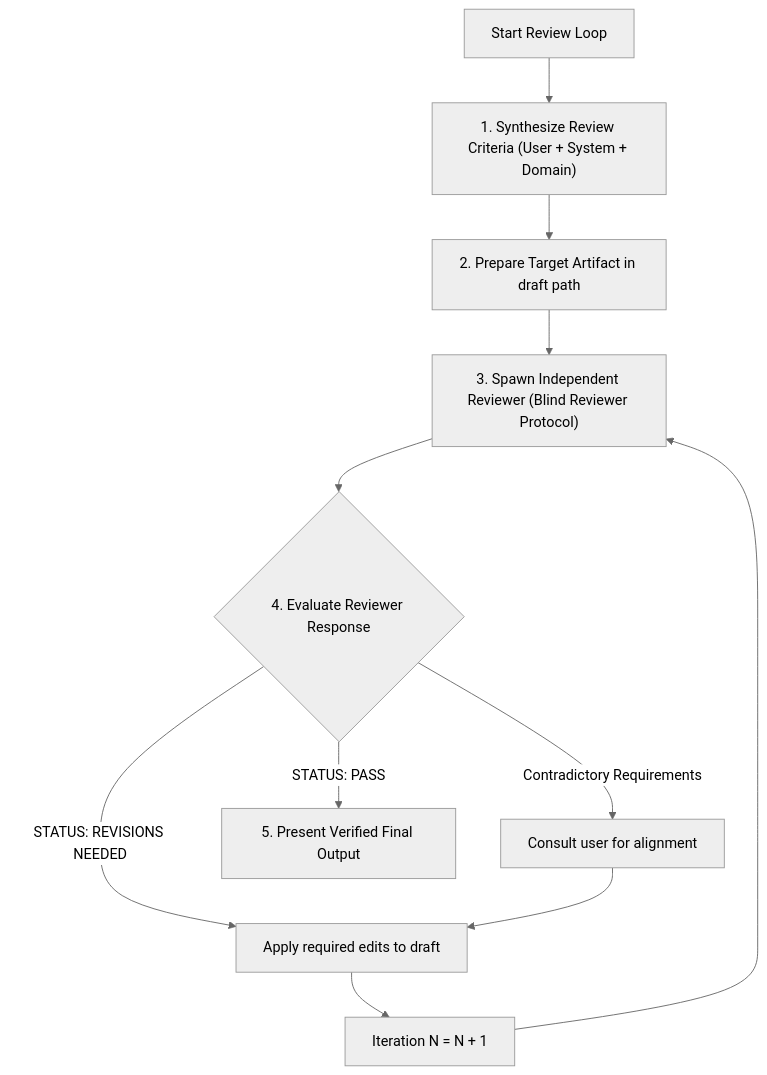
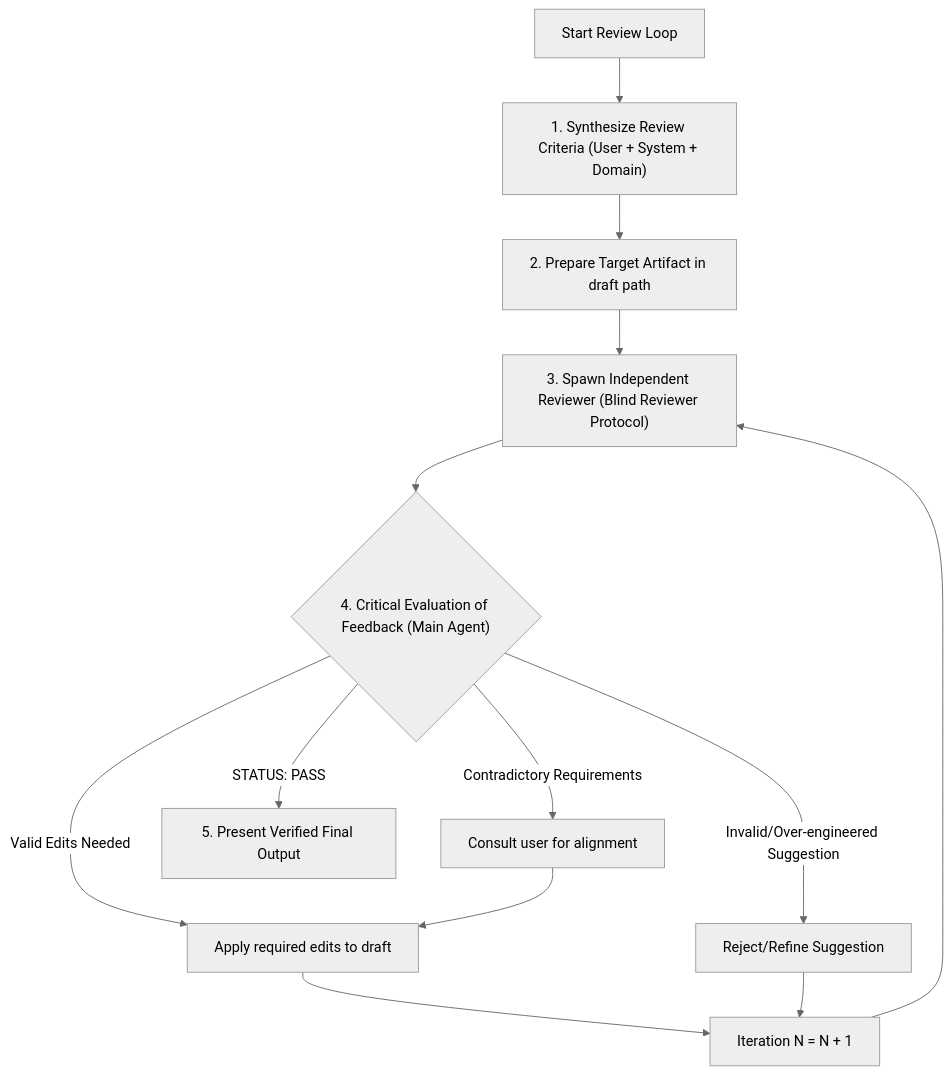
One commit to loerei/myskills changed the diagram in productivity/conduct-reviewing-loop/SKILL.md. Above: the diagram before and after it, drawn with Mermaid (neutral theme). The commit also changed other lines of this file and 1 other file, not shown here.

Commit message:
feat(skills): add Critical Evaluation Gatekeeper rule to conduct-reviewing-loop skill

````diff
--- a/productivity/conduct-reviewing-loop/SKILL.md
+++ b/productivity/conduct-reviewing-loop/SKILL.md
@@ -12,10 +12,11 @@
 ```mermaid
 flowchart TD
     Start["Start Review Loop"] --> Synth["1. Synthesize Review Criteria (User + System + Domain)"]
     Synth --> Draft["2. Prepare Target Artifact in draft path"]
     Draft --> BlindSpawn["3. Spawn Independent Reviewer (Blind Reviewer Protocol)"]
-    BlindSpawn --> Eval{"4. Evaluate Reviewer Response"}
-    Eval -->|"STATUS: REVISIONS NEEDED"| ApplyEdits["Apply required edits to draft"] --> NextIter["Iteration N = N + 1"] --> BlindSpawn
-    Eval -->|"Contradictory Requirements"| ConsultUser["Consult user for alignment"] --> ApplyEdits
-    Eval -->|"STATUS: PASS"| Present["5. Present Verified Final Output"]
+    BlindSpawn --> CritEval{"4. Critical Evaluation of Feedback (Main Agent)"}
+    CritEval -->|"Valid Edits Needed"| ApplyEdits["Apply required edits to draft"] --> NextIter["Iteration N = N + 1"] --> BlindSpawn
+    CritEval -->|"Invalid/Over-engineered Suggestion"| RejectReject["Reject/Refine Suggestion"] --> NextIter
+    CritEval -->|"Contradictory Requirements"| ConsultUser["Consult user for alignment"] --> ApplyEdits
+    CritEval -->|"STATUS: PASS"| Present["5. Present Verified Final Output"]
 ```
````
